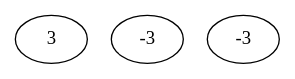
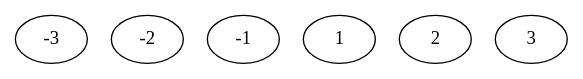
The diagram in CSDS 302 - Discrete Math/HW/1.md (tnichols217/notes), drawn with Graphviz before and after one commit.

Commit message:
vault backup: 2024-01-26 12:19:35

````diff
--- a/CSDS 302 - Discrete Math/HW/1.md
+++ b/CSDS 302 - Discrete Math/HW/1.md
@@ -132,7 +132,10 @@
 ```dot
 digraph {
-	3a [label=-3]
-	3b [label=-3]
-	
+	a [label=-3]
+	b [label=-2]
+	c [label=-1]
+	d [label=1]
+	e [label=2]
+	f [label=3]
 }
 ```
````
